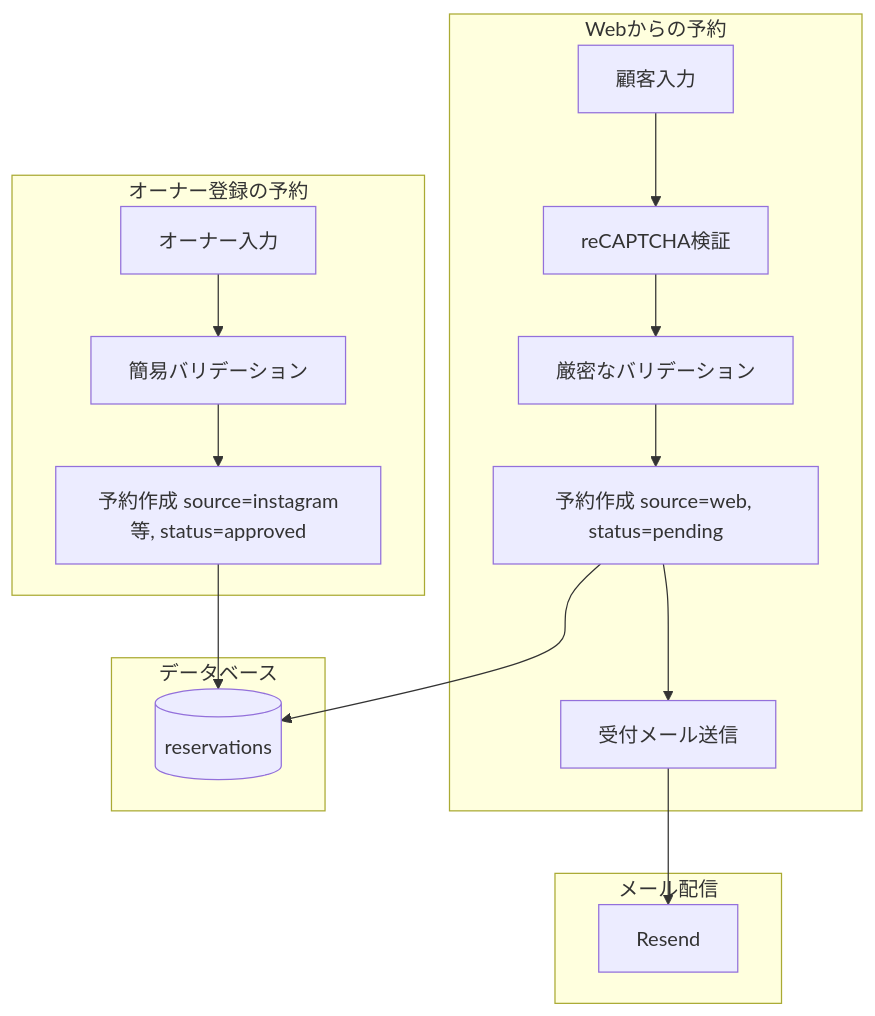
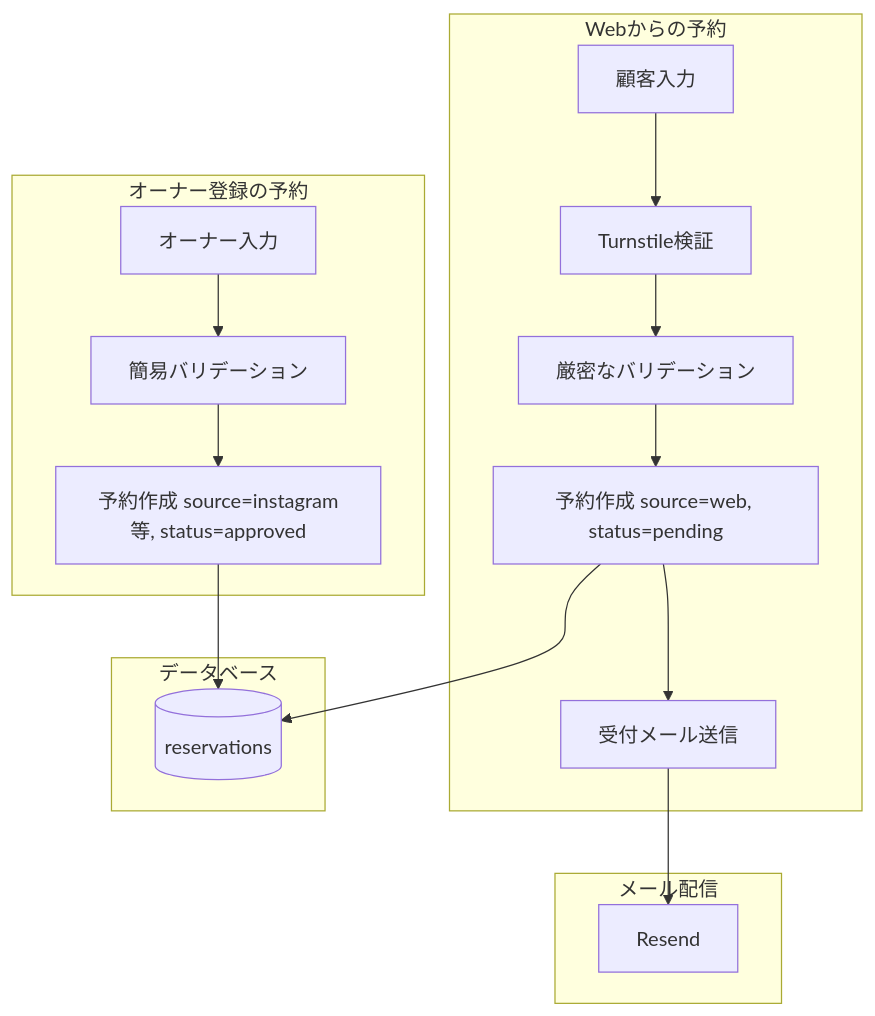
The eighth of 9 diagrams in docs/data_flow.md (cergijame101007/satehits), drawn with Mermaid before and after one commit. The commit also changed other lines of this file, not shown here.

Commit message:
docs: data_flow.md の Bot 対策を Turnstile に合わせる

````diff
--- a/docs/data_flow.md
+++ b/docs/data_flow.md
@@ -254,28 +254,28 @@
 ```mermaid
 flowchart TB
     subgraph WebReservation[Webからの予約]
         WebInput[顧客入力]
-        ReCaptcha[reCAPTCHA検証]
+        Turnstile[Turnstile検証]
         WebValidation[厳密なバリデーション]
         WebCreate[予約作成 source=web, status=pending]
         WebMail[受付メール送信]
     end
 
     subgraph AdminReservation[オーナー登録の予約]
         AdminInput[オーナー入力]
         AdminValidation[簡易バリデーション]
         AdminCreate[予約作成 source=instagram等, status=approved]
     end
 
     subgraph DB[データベース]
         ReservationsTable[(reservations)]
     end
 
     subgraph MailService[メール配信]
         Resend[Resend]
     end
 
-    WebInput --> ReCaptcha --> WebValidation --> WebCreate --> ReservationsTable
+    WebInput --> Turnstile --> WebValidation --> WebCreate --> ReservationsTable
     WebCreate --> WebMail --> Resend
     AdminInput --> AdminValidation --> AdminCreate --> ReservationsTable
 ```
````
